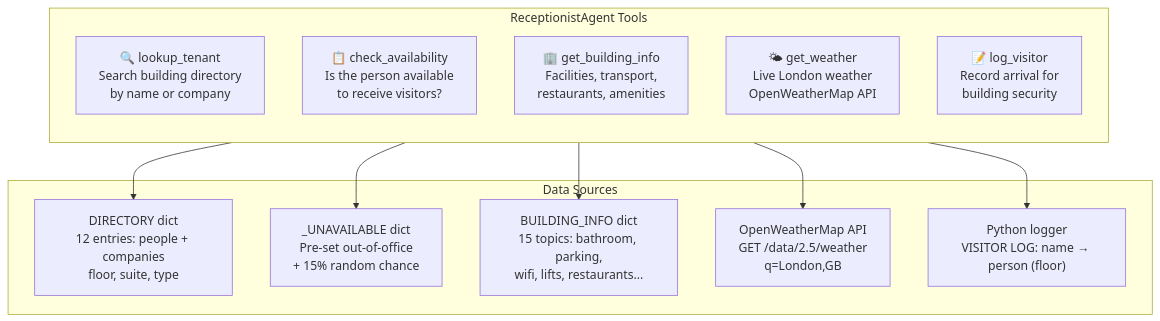
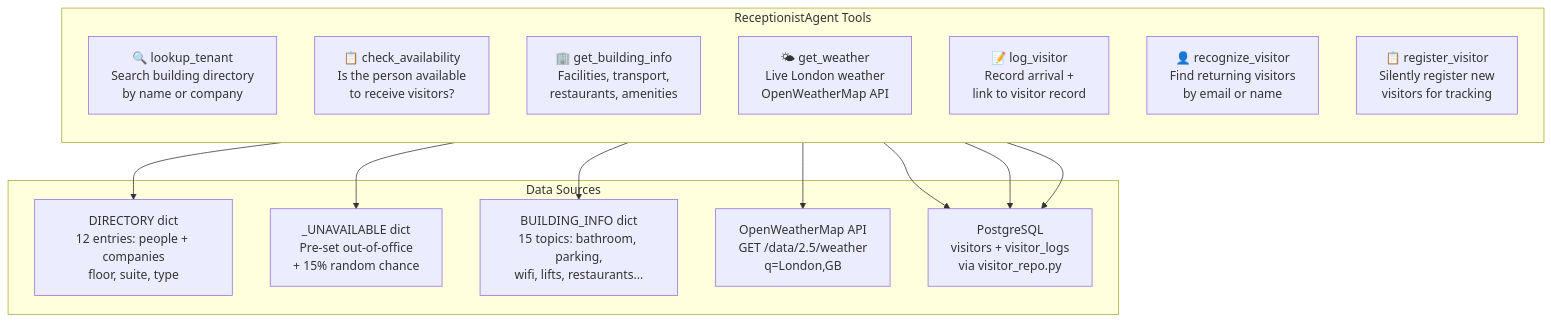
The fourth of 22 diagrams in docs/livekit-architecture.md (bodharma/talker), drawn with Mermaid before and after one commit. The commit also changed other lines of this file and 3 other files, not shown here.

First line of the commit message:
docs: update all docs for visitor tracking, auth gating, and correct test counts

````diff
--- a/docs/livekit-architecture.md
+++ b/docs/livekit-architecture.md
@@ -125,25 +125,29 @@
 ```mermaid
 graph TB
     subgraph "ReceptionistAgent Tools"
         direction TB
         LT["🔍 lookup_tenant<br/>Search building directory<br/>by name or company"]
         CA["📋 check_availability<br/>Is the person available<br/>to receive visitors?"]
         BI["🏢 get_building_info<br/>Facilities, transport,<br/>restaurants, amenities"]
         GW["🌤 get_weather<br/>Live London weather<br/>OpenWeatherMap API"]
-        LV["📝 log_visitor<br/>Record arrival for<br/>building security"]
+        LV["📝 log_visitor<br/>Record arrival +<br/>link to visitor record"]
+        RV["👤 recognize_visitor<br/>Find returning visitors<br/>by email or name"]
+        REG["📋 register_visitor<br/>Silently register new<br/>visitors for tracking"]
     end
 
     subgraph "Data Sources"
         DIR["DIRECTORY dict<br/>12 entries: people + companies<br/>floor, suite, type"]
         AVAIL["_UNAVAILABLE dict<br/>Pre-set out-of-office<br/>+ 15% random chance"]
         BINFO["BUILDING_INFO dict<br/>15 topics: bathroom, parking,<br/>wifi, lifts, restaurants..."]
         API["OpenWeatherMap API<br/>GET /data/2.5/weather<br/>q=London,GB"]
-        LOG["Python logger<br/>VISITOR LOG: name → person (floor)"]
+        VDB["PostgreSQL<br/>visitors + visitor_logs<br/>via visitor_repo.py"]
     end
 
     LT --> DIR
     CA --> AVAIL
     BI --> BINFO
     GW --> API
-    LV --> LOG
+    LV --> VDB
+    RV --> VDB
+    REG --> VDB
 ```
````
